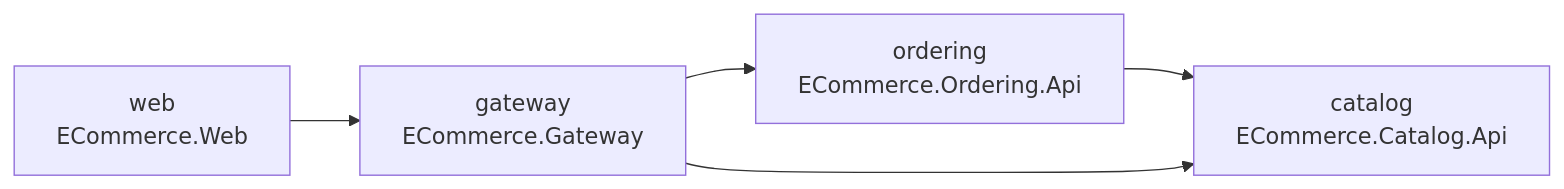
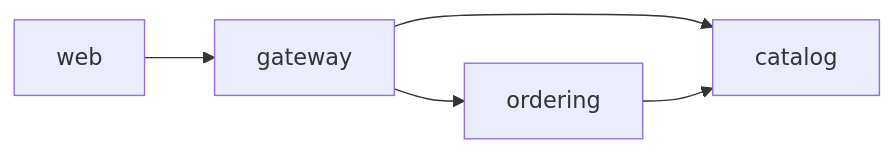
Before and after one commit to mehdiayed/ecommerce_app_project_multiagent: the third of 3 diagrams in docs/TECHNICAL.md, drawn with Mermaid. The commit also changed other lines of this file and 253 other files, not shown here.

````diff
--- a/docs/TECHNICAL.md
+++ b/docs/TECHNICAL.md
@@ -167,11 +167,7 @@
 ```mermaid
 flowchart LR
-    catalog["catalog<br/>ECommerce.Catalog.Api"]
-    ordering["ordering<br/>ECommerce.Ordering.Api"]
-    gateway["gateway<br/>ECommerce.Gateway"]
-    web["web<br/>ECommerce.Web"]
-    ordering --> catalog
+    web --> gateway
     gateway --> catalog
     gateway --> ordering
-    web --> gateway
+    ordering --> catalog
 ```
````
